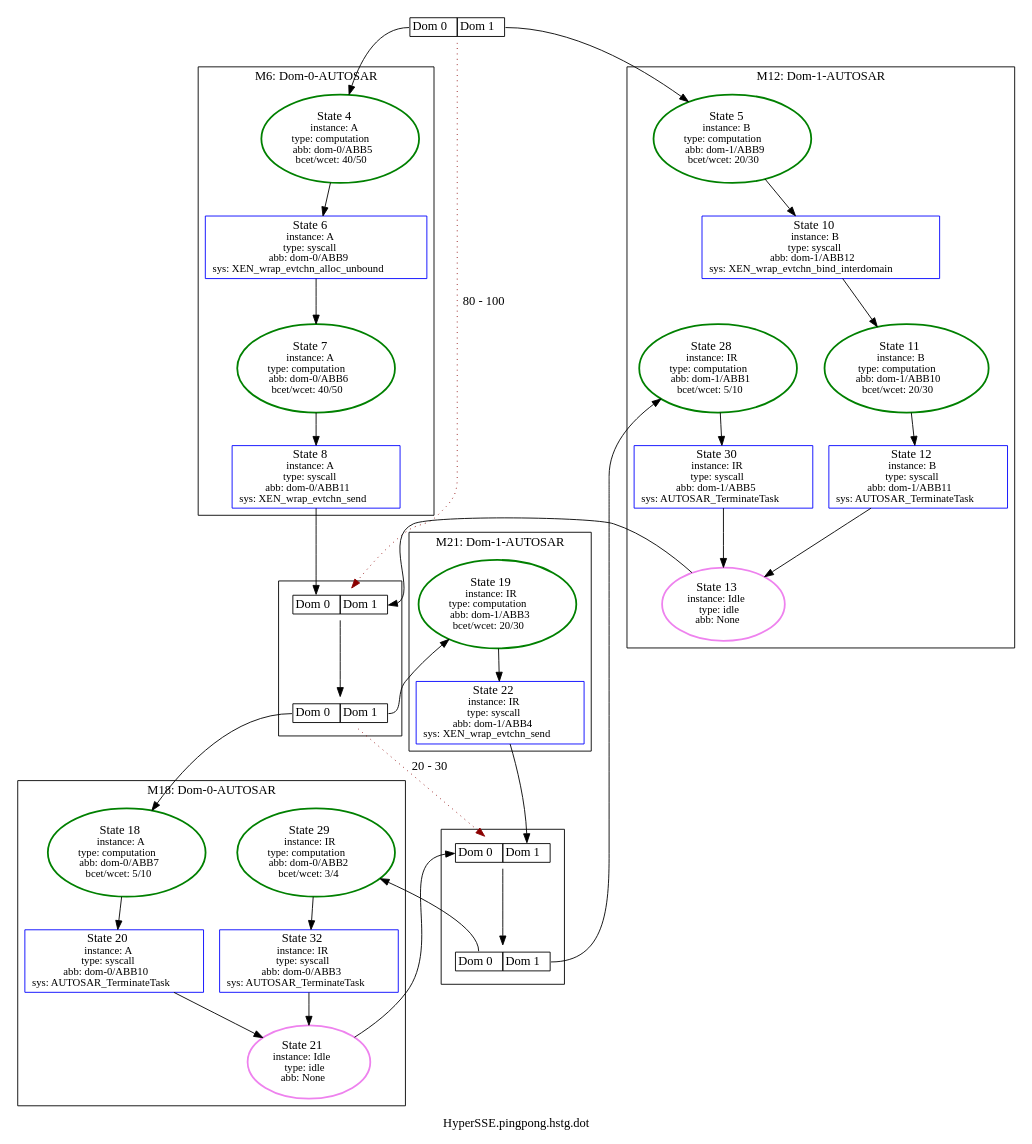
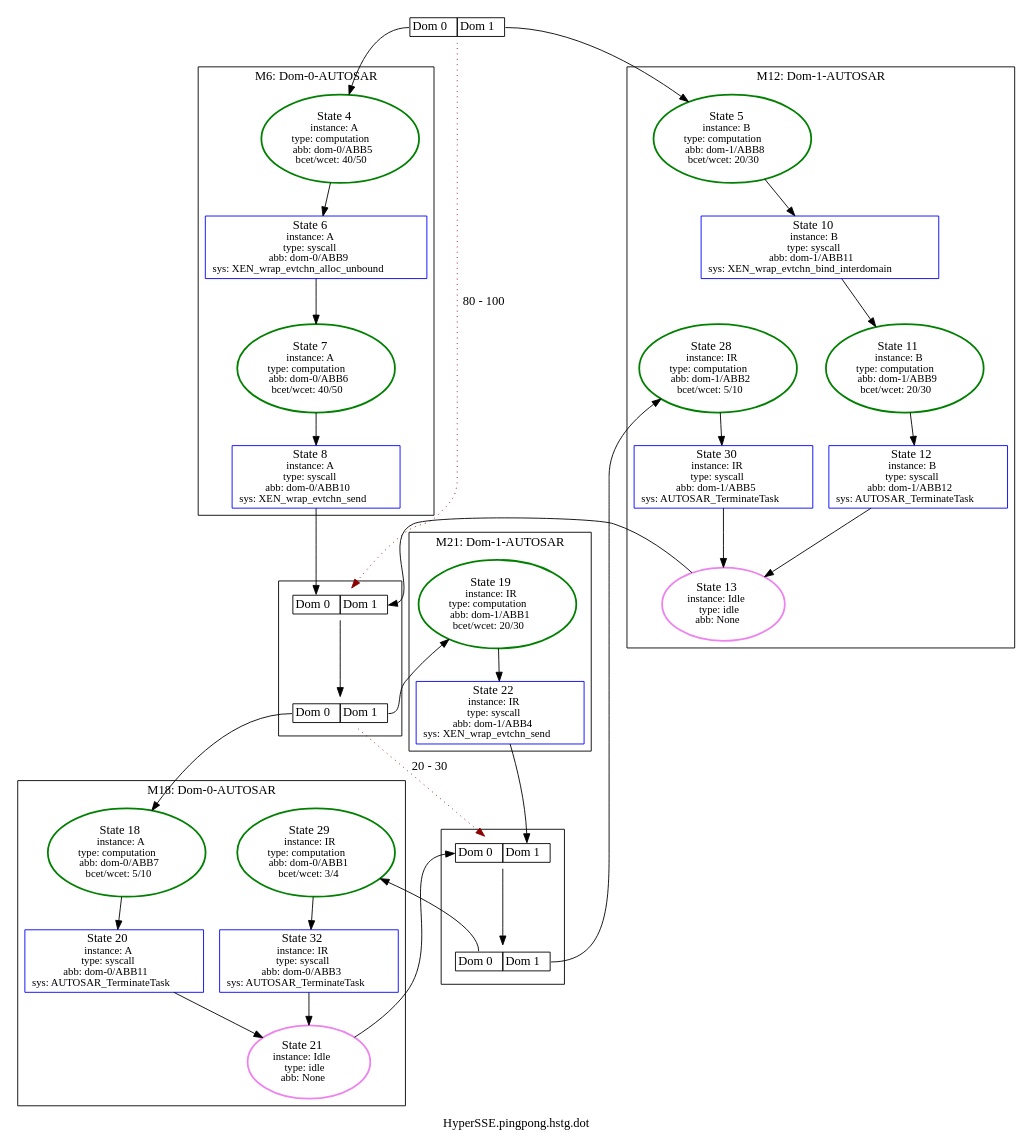
The diagram in appl/Xen/pingpong/HyperSSE.pingpong.hstg.dot (luhsra/ara), drawn with Graphviz before and after one commit. The commit also changed 34 other files, not shown here.

```diff
--- a/appl/Xen/pingpong/HyperSSE.pingpong.hstg.dot
+++ b/appl/Xen/pingpong/HyperSSE.pingpong.hstg.dot
@@ -1,78 +1,78 @@
 digraph G {
 label="HyperSSE.pingpong.hstg.dot";
 1 [label=<<TABLE BORDER="0" CELLBORDER="1" CELLSPACING="0"><TR><TD PORT="c0">Dom 0</TD><TD PORT="c1">Dom 1</TD></TR></TABLE>>, shape=plaintext, tooltip=1];
 subgraph cluster_6 {
 label="M6: Dom-0-AUTOSAR";
 2 [color=green, fontsize=14, label=<State 4<br/><font point-size='12'>instance: A<br/>type: computation<br/>abb: dom-0/ABB5<br/>bcet/wcet: 40/50</font>>, style=bold, tooltip=2];
 3 [color=blue, fontsize=14, label=<State 6<br/><font point-size='12'>instance: A<br/>type: syscall<br/>abb: dom-0/ABB9<br/>sys: XEN_wrap_evtchn_alloc_unbound</font>>, shape=box, tooltip=3];
 4 [color=green, fontsize=14, label=<State 7<br/><font point-size='12'>instance: A<br/>type: computation<br/>abb: dom-0/ABB6<br/>bcet/wcet: 40/50</font>>, style=bold, tooltip=4];
-5 [color=blue, fontsize=14, label=<State 8<br/><font point-size='12'>instance: A<br/>type: syscall<br/>abb: dom-0/ABB11<br/>sys: XEN_wrap_evtchn_send</font>>, shape=box, tooltip=5];
+5 [color=blue, fontsize=14, label=<State 8<br/><font point-size='12'>instance: A<br/>type: syscall<br/>abb: dom-0/ABB10<br/>sys: XEN_wrap_evtchn_send</font>>, shape=box, tooltip=5];
 }
 
 subgraph cluster_12 {
 label="M12: Dom-1-AUTOSAR";
-7 [color=green, fontsize=14, label=<State 5<br/><font point-size='12'>instance: B<br/>type: computation<br/>abb: dom-1/ABB9<br/>bcet/wcet: 20/30</font>>, style=bold, tooltip=7];
-8 [color=blue, fontsize=14, label=<State 10<br/><font point-size='12'>instance: B<br/>type: syscall<br/>abb: dom-1/ABB12<br/>sys: XEN_wrap_evtchn_bind_interdomain</font>>, shape=box, tooltip=8];
-9 [color=green, fontsize=14, label=<State 11<br/><font point-size='12'>instance: B<br/>type: computation<br/>abb: dom-1/ABB10<br/>bcet/wcet: 20/30</font>>, style=bold, tooltip=9];
-10 [color=blue, fontsize=14, label=<State 12<br/><font point-size='12'>instance: B<br/>type: syscall<br/>abb: dom-1/ABB11<br/>sys: AUTOSAR_TerminateTask</font>>, shape=box, tooltip=10];
+7 [color=green, fontsize=14, label=<State 5<br/><font point-size='12'>instance: B<br/>type: computation<br/>abb: dom-1/ABB8<br/>bcet/wcet: 20/30</font>>, style=bold, tooltip=7];
+8 [color=blue, fontsize=14, label=<State 10<br/><font point-size='12'>instance: B<br/>type: syscall<br/>abb: dom-1/ABB11<br/>sys: XEN_wrap_evtchn_bind_interdomain</font>>, shape=box, tooltip=8];
+9 [color=green, fontsize=14, label=<State 11<br/><font point-size='12'>instance: B<br/>type: computation<br/>abb: dom-1/ABB9<br/>bcet/wcet: 20/30</font>>, style=bold, tooltip=9];
+10 [color=blue, fontsize=14, label=<State 12<br/><font point-size='12'>instance: B<br/>type: syscall<br/>abb: dom-1/ABB12<br/>sys: AUTOSAR_TerminateTask</font>>, shape=box, tooltip=10];
 11 [color=violet, fontsize=14, label=<State 13<br/><font point-size='12'>instance: Idle<br/>type: idle<br/>abb: None</font>>, style=bold, tooltip=11];
-24 [color=green, fontsize=14, label=<State 28<br/><font point-size='12'>instance: IR<br/>type: computation<br/>abb: dom-1/ABB1<br/>bcet/wcet: 5/10</font>>, style=bold, tooltip=24];
+24 [color=green, fontsize=14, label=<State 28<br/><font point-size='12'>instance: IR<br/>type: computation<br/>abb: dom-1/ABB2<br/>bcet/wcet: 5/10</font>>, style=bold, tooltip=24];
 25 [color=blue, fontsize=14, label=<State 30<br/><font point-size='12'>instance: IR<br/>type: syscall<br/>abb: dom-1/ABB5<br/>sys: AUTOSAR_TerminateTask</font>>, shape=box, tooltip=25];
 }
 
 subgraph cluster_18 {
 label="M18: Dom-0-AUTOSAR";
-16 [color=blue, fontsize=14, label=<State 20<br/><font point-size='12'>instance: A<br/>type: syscall<br/>abb: dom-0/ABB10<br/>sys: AUTOSAR_TerminateTask</font>>, shape=box, tooltip=16];
+16 [color=blue, fontsize=14, label=<State 20<br/><font point-size='12'>instance: A<br/>type: syscall<br/>abb: dom-0/ABB11<br/>sys: AUTOSAR_TerminateTask</font>>, shape=box, tooltip=16];
 17 [color=violet, fontsize=14, label=<State 21<br/><font point-size='12'>instance: Idle<br/>type: idle<br/>abb: None</font>>, style=bold, tooltip=17];
 15 [color=green, fontsize=14, label=<State 18<br/><font point-size='12'>instance: A<br/>type: computation<br/>abb: dom-0/ABB7<br/>bcet/wcet: 5/10</font>>, style=bold, tooltip=15];
-26 [color=green, fontsize=14, label=<State 29<br/><font point-size='12'>instance: IR<br/>type: computation<br/>abb: dom-0/ABB2<br/>bcet/wcet: 3/4</font>>, style=bold, tooltip=26];
+26 [color=green, fontsize=14, label=<State 29<br/><font point-size='12'>instance: IR<br/>type: computation<br/>abb: dom-0/ABB1<br/>bcet/wcet: 3/4</font>>, style=bold, tooltip=26];
 27 [color=blue, fontsize=14, label=<State 32<br/><font point-size='12'>instance: IR<br/>type: syscall<br/>abb: dom-0/ABB3<br/>sys: AUTOSAR_TerminateTask</font>>, shape=box, tooltip=27];
 }
 
 subgraph cluster_21 {
 label="M21: Dom-1-AUTOSAR";
-19 [color=green, fontsize=14, label=<State 19<br/><font point-size='12'>instance: IR<br/>type: computation<br/>abb: dom-1/ABB3<br/>bcet/wcet: 20/30</font>>, style=bold, tooltip=19];
+19 [color=green, fontsize=14, label=<State 19<br/><font point-size='12'>instance: IR<br/>type: computation<br/>abb: dom-1/ABB1<br/>bcet/wcet: 20/30</font>>, style=bold, tooltip=19];
 20 [color=blue, fontsize=14, label=<State 22<br/><font point-size='12'>instance: IR<br/>type: syscall<br/>abb: dom-1/ABB4<br/>sys: XEN_wrap_evtchn_send</font>>, shape=box, tooltip=20];
 }
 
 subgraph cluster_Metasync13 {
 label="";
 13 [label=<<TABLE BORDER="0" CELLBORDER="1" CELLSPACING="0"><TR><TD PORT="c0">Dom 0</TD><TD PORT="c1">Dom 1</TD></TR></TABLE>>, shape=plaintext, tooltip=13];
 14 [label=<<TABLE BORDER="0" CELLBORDER="1" CELLSPACING="0"><TR><TD PORT="c0">Dom 0</TD><TD PORT="c1">Dom 1</TD></TR></TABLE>>, shape=plaintext, tooltip=14];
 }
 
 subgraph cluster_Metasync22 {
 label="";
 22 [label=<<TABLE BORDER="0" CELLBORDER="1" CELLSPACING="0"><TR><TD PORT="c0">Dom 0</TD><TD PORT="c1">Dom 1</TD></TR></TABLE>>, shape=plaintext, tooltip=22];
 23 [label=<<TABLE BORDER="0" CELLBORDER="1" CELLSPACING="0"><TR><TD PORT="c0">Dom 0</TD><TD PORT="c1">Dom 1</TD></TR></TABLE>>, shape=plaintext, tooltip=23];
 }
 
 1:c0 -> 2  [color=black];
 1:c1 -> 7  [color=black];
 1 -> 13  [color=darkred, label="80 - 100", style=dotted];
 2 -> 3  [color=black];
 3 -> 4  [color=black];
 4 -> 5  [color=black];
 5 -> 13:c0  [color=black];
 7 -> 8  [color=black];
 8 -> 9  [color=black];
 9 -> 10  [color=black];
 10 -> 11  [color=black];
 11 -> 13:c1  [color=black];
 13 -> 14  [color=black];
 14:c0 -> 15  [color=black];
 14:c1 -> 19  [color=black];
 14 -> 22  [color=darkred, label="20 - 30", style=dotted];
 15 -> 16  [color=black];
 16 -> 17  [color=black];
 17 -> 22:c0  [color=black];
 19 -> 20  [color=black];
 20 -> 22:c1  [color=black];
 22 -> 23  [color=black];
 23:c1 -> 24  [color=black];
 23:c0 -> 26  [color=black];
 24 -> 25  [color=black];
 25 -> 11  [color=black];
 26 -> 27  [color=black];
 27 -> 17  [color=black];
 }
```
